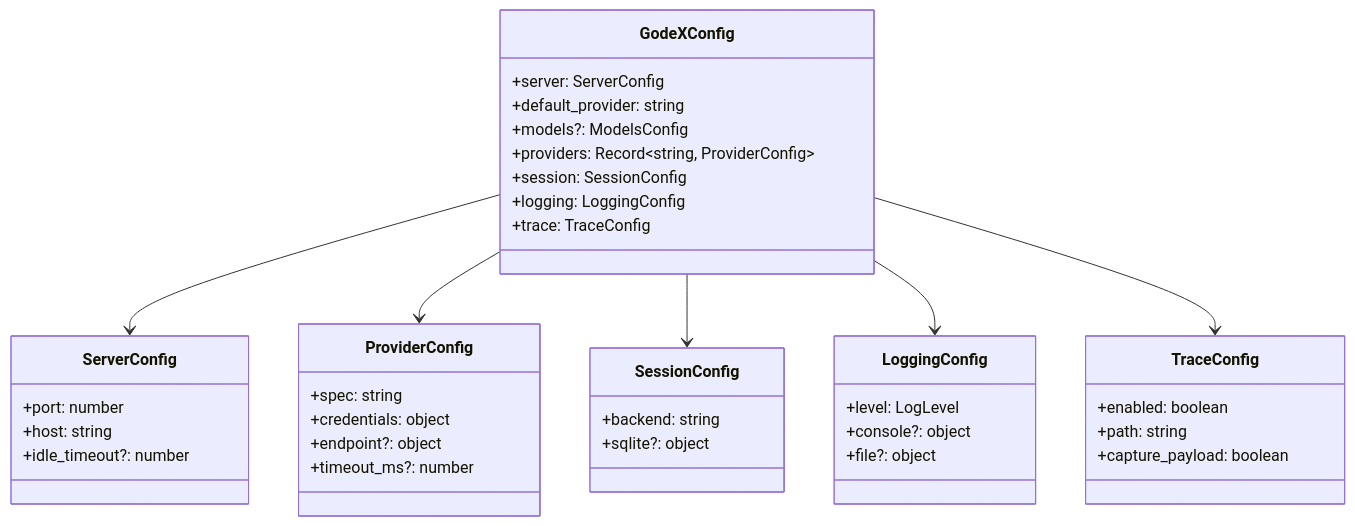
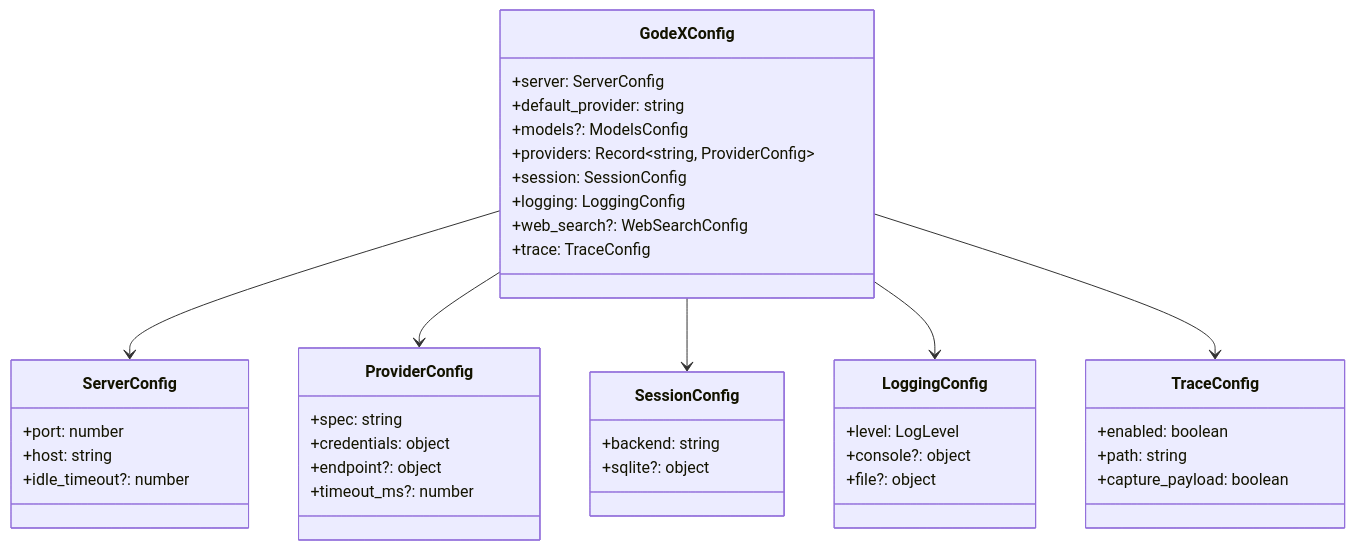
Before and after one commit to Ahoo-Wang/GodeX: the third of 3 diagrams in wiki/01-getting-started/configuration.md, drawn with Mermaid. The commit also changed other lines of this file and 23 other files, not shown here.

First line of the commit message:
docs: sync provider list, config schema, and examples with code (#214)

````diff
--- a/wiki/01-getting-started/configuration.md
+++ b/wiki/01-getting-started/configuration.md
@@ -339,48 +339,49 @@
 ```mermaid
 classDiagram
     class GodeXConfig {
         +server: ServerConfig
         +default_provider: string
         +models?: ModelsConfig
         +providers: Record~string, ProviderConfig~
         +session: SessionConfig
         +logging: LoggingConfig
+        +web_search?: WebSearchConfig
         +trace: TraceConfig
     }
 
     class ServerConfig {
         +port: number
         +host: string
         +idle_timeout?: number
     }
 
     class ProviderConfig {
         +spec: string
         +credentials: object
         +endpoint?: object
         +timeout_ms?: number
     }
 
     class SessionConfig {
         +backend: string
         +sqlite?: object
     }
 
     class LoggingConfig {
         +level: LogLevel
         +console?: object
         +file?: object
     }
 
     class TraceConfig {
         +enabled: boolean
         +path: string
         +capture_payload: boolean
     }
 
     GodeXConfig --> ServerConfig
     GodeXConfig --> ProviderConfig
     GodeXConfig --> SessionConfig
     GodeXConfig --> LoggingConfig
     GodeXConfig --> TraceConfig
 ```
````
